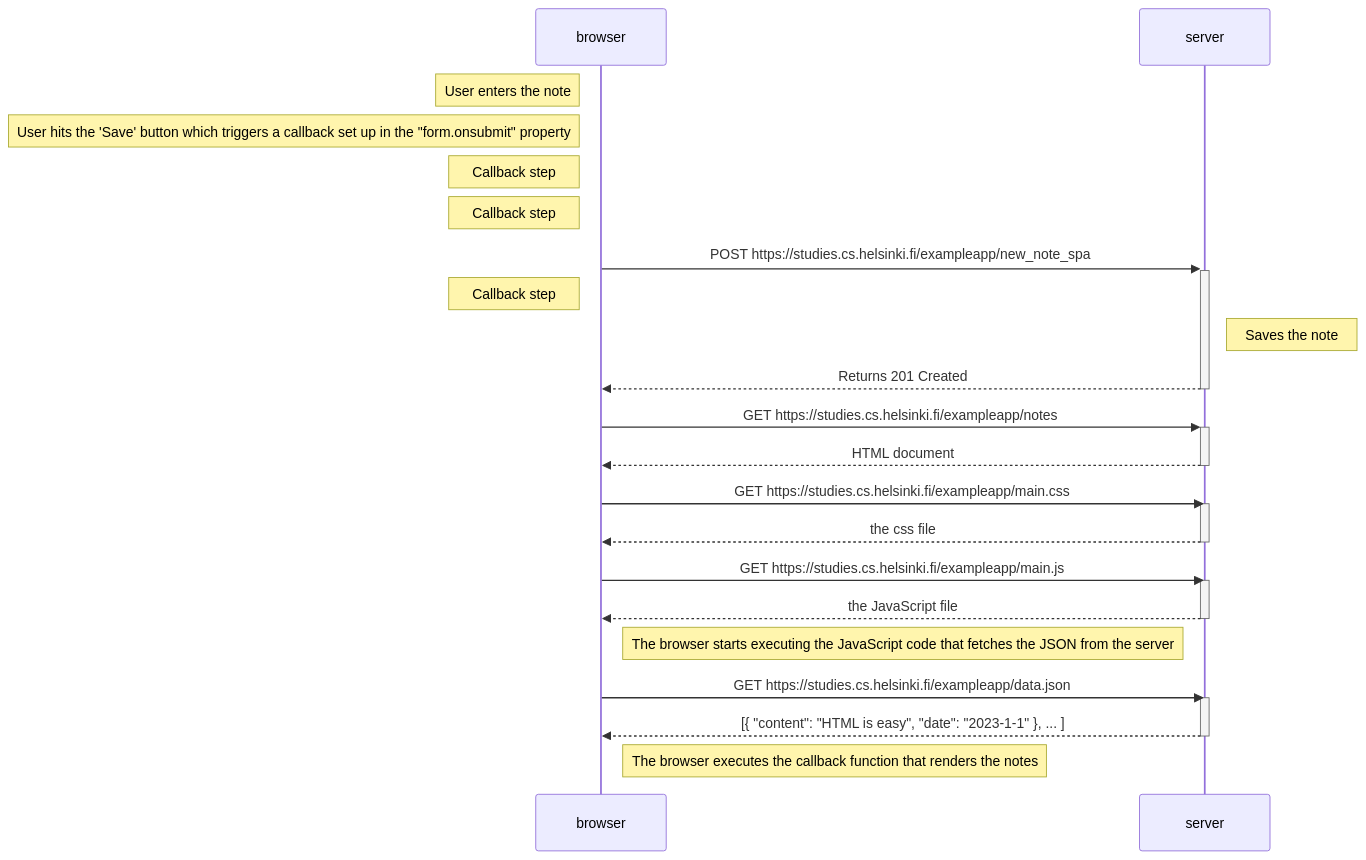
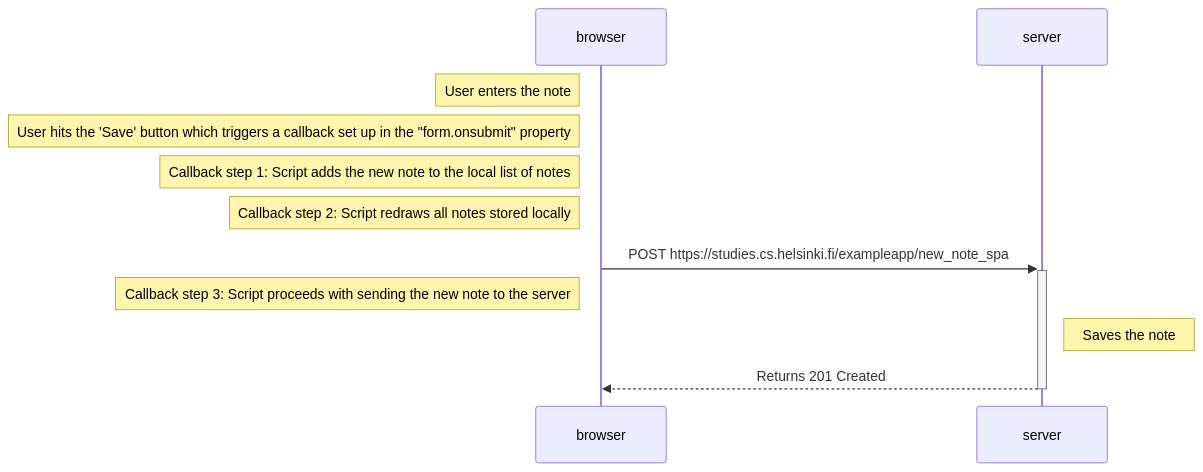
One commit to krystian-szpiczakowski/full-stack-open changed the diagram in part0/0.6.md. Above: the diagram before and after it, drawn with Mermaid.

````diff
--- a/part0/0.6.md
+++ b/part0/0.6.md
@@ -1,37 +1,15 @@
 ```mermaid
 sequenceDiagram
     participant browser
     participant server
 
     Note left of browser: User enters the note
     Note left of browser: User hits the 'Save' button which triggers a callback set up in the "form.onsubmit" property
-    Note left of browser: Callback step #1: Script adds the new note to the local list of notes
-    Note left of browser: Callback step #2: Script redraws all notes stored locally
+    Note left of browser: Callback step 1: Script adds the new note to the local list of notes
+    Note left of browser: Callback step 2: Script redraws all notes stored locally
 
     browser->>+server: POST https://studies.cs.helsinki.fi/exampleapp/new_note_spa
-    Note left of browser: Callback step #3: Script proceeds with sending the new note to the server
+    Note left of browser: Callback step 3: Script proceeds with sending the new note to the server
     Note right of server: Saves the note
     server-->>-browser: Returns 201 Created
-
-    browser->>+server: GET https://studies.cs.helsinki.fi/exampleapp/notes
-    server-->>-browser: HTML document
-
-    browser->>server: GET https://studies.cs.helsinki.fi/exampleapp/main.css
-    activate server
-    server-->>browser: the css file
-    deactivate server
-
-    browser->>server: GET https://studies.cs.helsinki.fi/exampleapp/main.js
-    activate server
-    server-->>browser: the JavaScript file
-    deactivate server
-
-    Note right of browser: The browser starts executing the JavaScript code that fetches the JSON from the server
-
-    browser->>server: GET https://studies.cs.helsinki.fi/exampleapp/data.json
-    activate server
-    server-->>browser: [{ "content": "HTML is easy", "date": "2023-1-1" }, ... ]
-    deactivate server
-
-    Note right of browser: The browser executes the callback function that renders the notes
 ```
````
